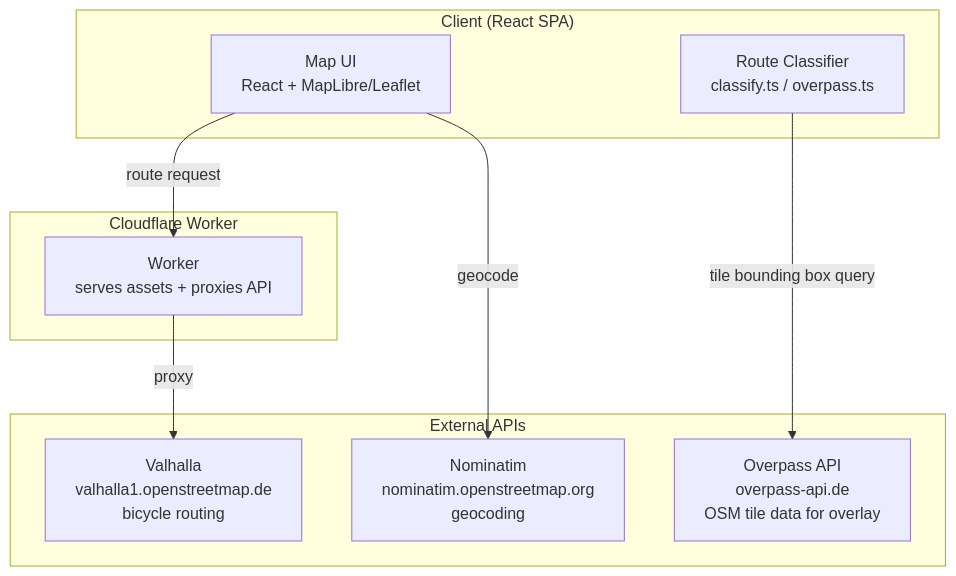
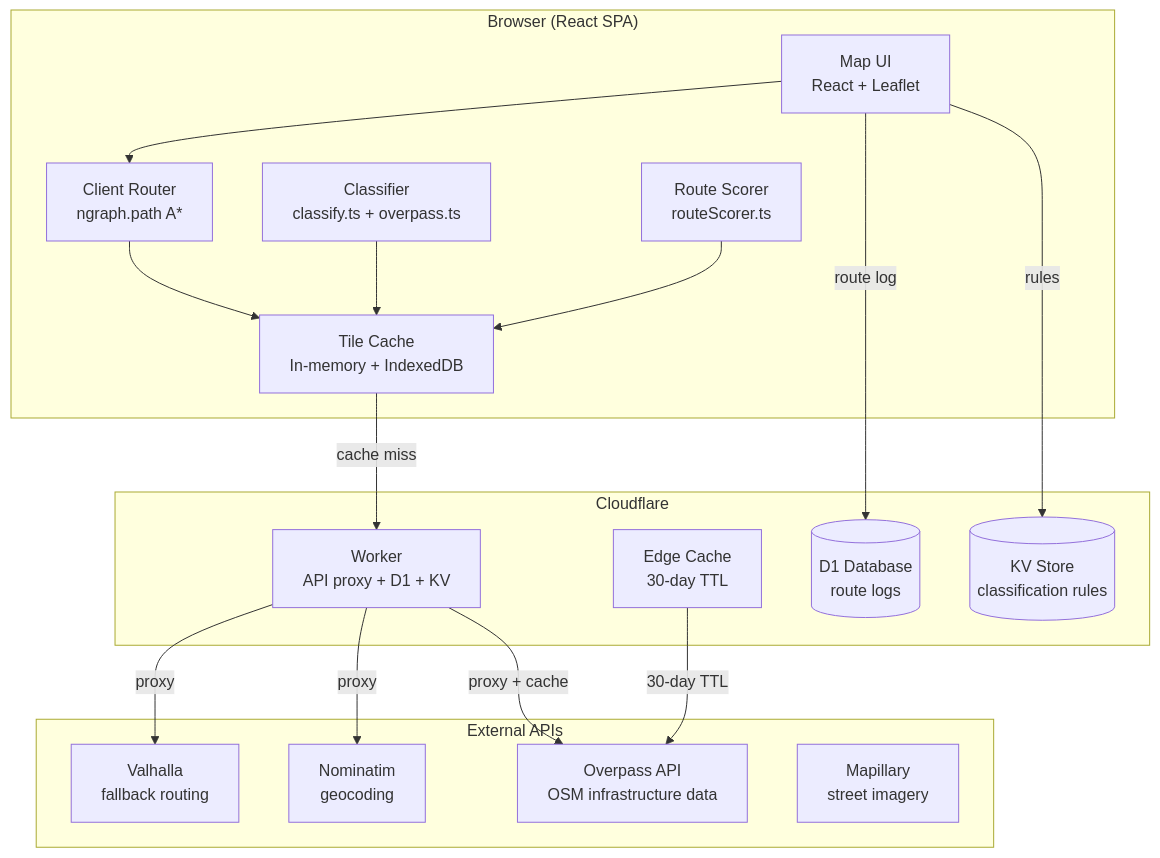
Before and after one commit to fryanpan/bike-route-finder: the first of 4 diagrams in docs/product/architecture.md, drawn with Mermaid. The commit also changed other lines of this file, not shown here.

First line of the commit message:
docs: rewrite architecture with current system (mermaid diagrams) (#104)

````diff
--- a/docs/product/architecture.md
+++ b/docs/product/architecture.md
@@ -7,22 +5,36 @@
 ```mermaid
 graph TB
-    subgraph "Client (React SPA)"
-        UI[Map UI<br/>React + MapLibre/Leaflet]
-        Classify[Route Classifier<br/>classify.ts / overpass.ts]
+    subgraph "Browser (React SPA)"
+        UI[Map UI<br/>React + Leaflet]
+        ClientRouter[Client Router<br/>ngraph.path A*]
+        TileCache[Tile Cache<br/>In-memory + IndexedDB]
+        Classify[Classifier<br/>classify.ts + overpass.ts]
+        Scorer[Route Scorer<br/>routeScorer.ts]
     end
 
-    subgraph "Cloudflare Worker"
-        Worker[Worker<br/>serves assets + proxies API]
+    subgraph "Cloudflare"
+        Worker[Worker<br/>API proxy + D1 + KV]
+        EdgeCache[Edge Cache<br/>30-day TTL]
+        D1[(D1 Database<br/>route logs)]
+        KV[(KV Store<br/>classification rules)]
     end
 
     subgraph "External APIs"
-        Valhalla[Valhalla<br/>valhalla1.openstreetmap.de<br/>bicycle routing]
-        Nominatim[Nominatim<br/>nominatim.openstreetmap.org<br/>geocoding]
-        Overpass[Overpass API<br/>overpass-api.de<br/>OSM tile data for overlay]
+        Valhalla[Valhalla<br/>fallback routing]
+        Nominatim[Nominatim<br/>geocoding]
+        Overpass[Overpass API<br/>OSM infrastructure data]
+        Mapillary[Mapillary<br/>street imagery]
     end
 
-    UI -->|route request| Worker
-    UI -->|geocode| Nominatim
-    Classify -->|tile bounding box query| Overpass
+    UI --> ClientRouter
+    ClientRouter --> TileCache
+    TileCache -->|cache miss| Worker
+    Worker -->|proxy + cache| Overpass
     Worker -->|proxy| Valhalla
+    Worker -->|proxy| Nominatim
+    Classify --> TileCache
+    Scorer --> TileCache
+    UI -->|route log| D1
+    UI -->|rules| KV
+    EdgeCache -->|30-day TTL| Overpass
 ```
````
